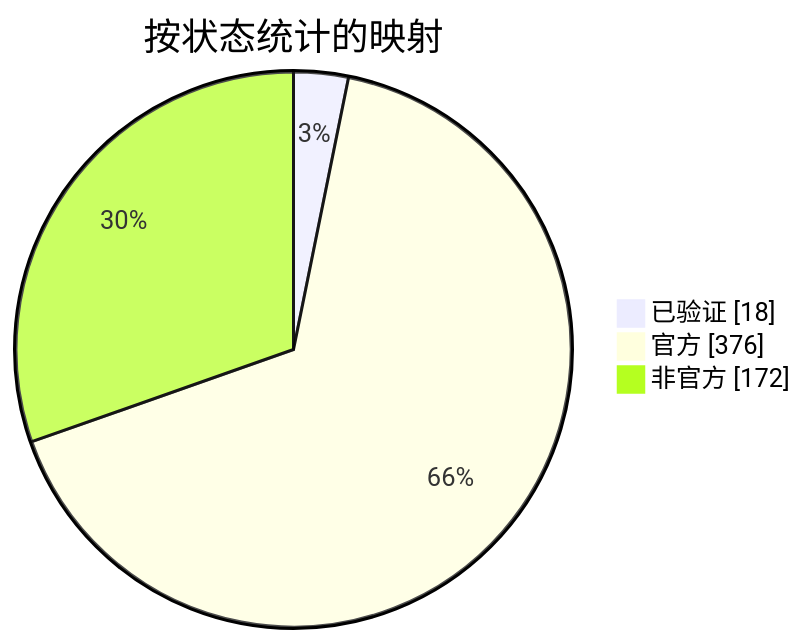
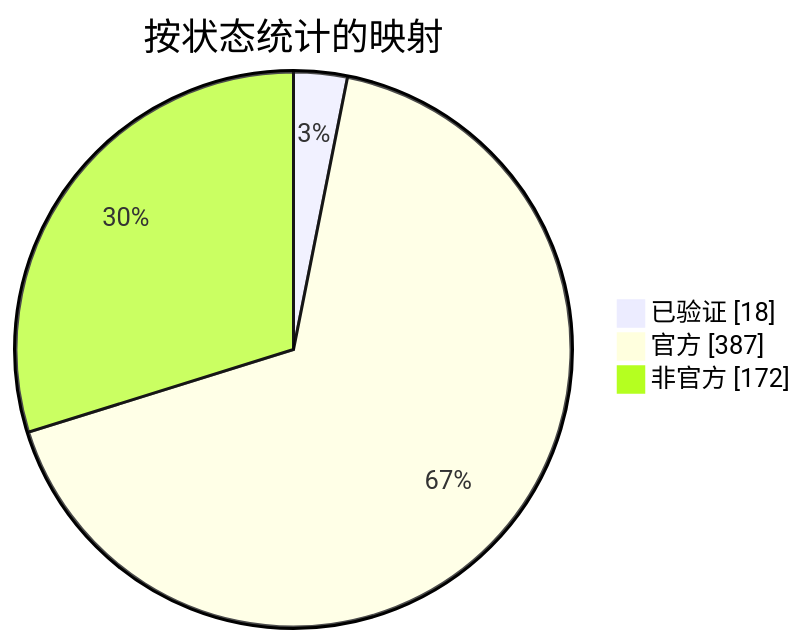
One commit to nobrega8/mbmap-library changed the diagram in docs/readme/README_ZHS.md. Above: the diagram before and after it, drawn with Mermaid. The commit also changed 15 other files, not shown here.

````diff
--- a/docs/readme/README_ZHS.md
+++ b/docs/readme/README_ZHS.md
@@ -54,7 +54,7 @@
 ```mermaid
 pie showData
     title 按状态统计的映射
     "已验证" : 18
-    "官方" : 376
+    "官方" : 387
     "非官方" : 172
 ```
````
